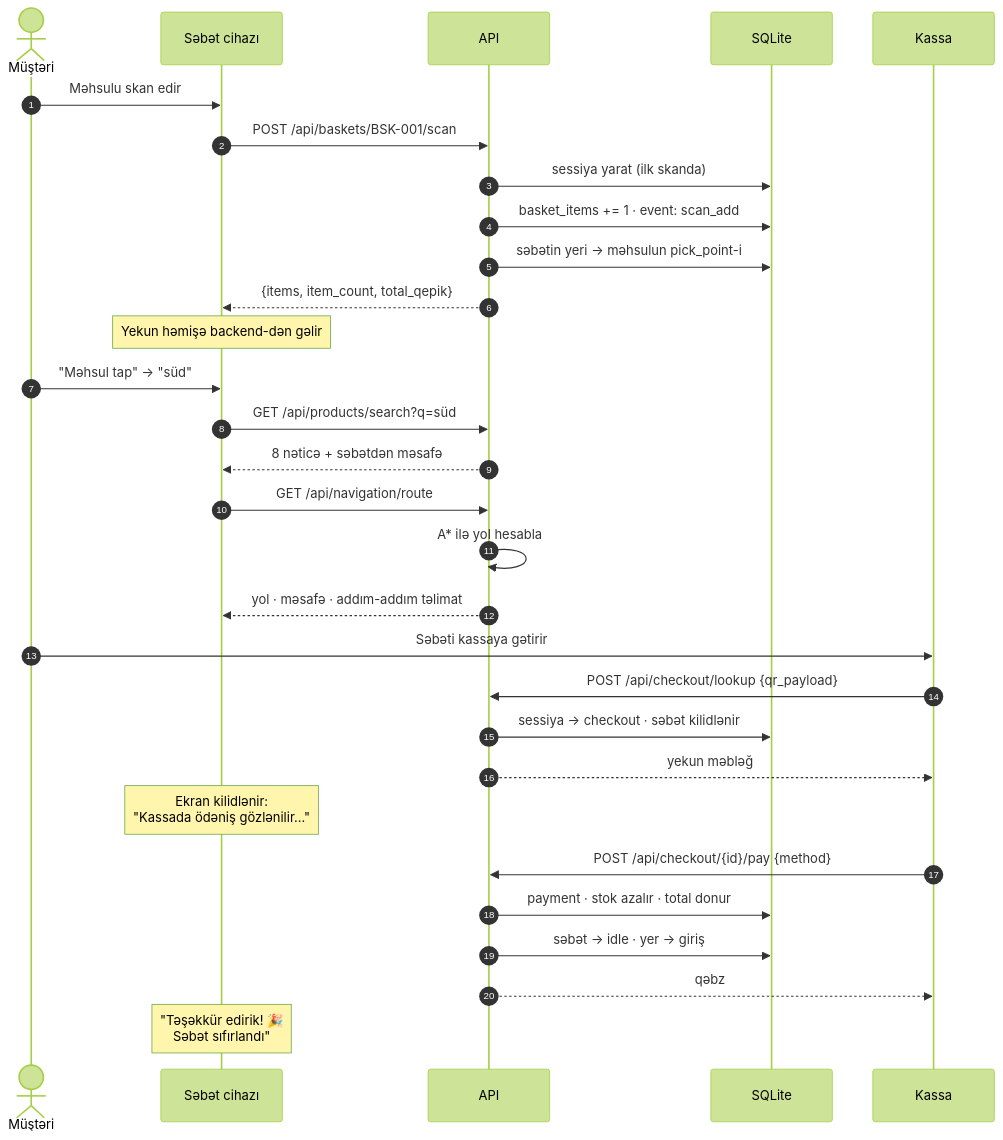
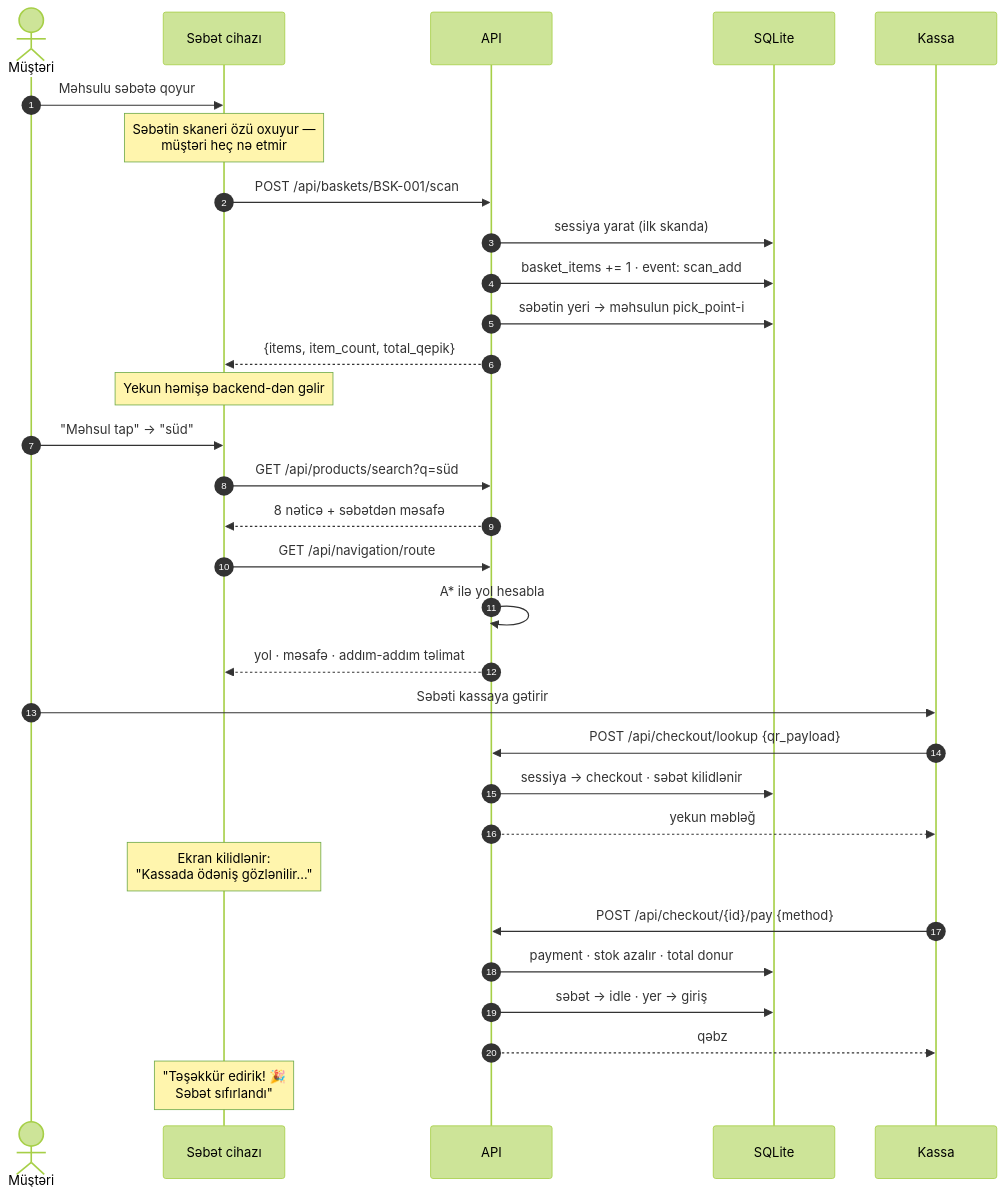
Before and after one commit to locked-in-hackatho/smart-basket-system: the second of 3 diagrams in docs/ARCHITECTURE.md, drawn with Mermaid (forest theme). The commit also changed other lines of this file and 12 other files, not shown here.

````diff
--- a/docs/ARCHITECTURE.md
+++ b/docs/ARCHITECTURE.md
@@ -82,36 +82,37 @@
 ```mermaid
 sequenceDiagram
     autonumber
     actor M as Müştəri
     participant S as Səbət cihazı
     participant A as API
     participant D as SQLite
     participant K as Kassa
 
-    M->>S: Məhsulu skan edir
+    M->>S: Məhsulu səbətə qoyur
+    Note over S: Səbətin skaneri özü oxuyur —<br/>müştəri heç nə etmir
     S->>A: POST /api/baskets/BSK-001/scan
     A->>D: sessiya yarat (ilk skanda)
     A->>D: basket_items += 1 · event: scan_add
     A->>D: səbətin yeri → məhsulun pick_point-i
     A-->>S: {items, item_count, total_qepik}
     Note over S: Yekun həmişə backend-dən gəlir
 
     M->>S: "Məhsul tap" → "süd"
     S->>A: GET /api/products/search?q=süd
     A-->>S: 8 nəticə + səbətdən məsafə
     S->>A: GET /api/navigation/route
     A->>A: A* ilə yol hesabla
     A-->>S: yol · məsafə · addım-addım təlimat
 
     M->>K: Səbəti kassaya gətirir
     K->>A: POST /api/checkout/lookup {qr_payload}
     A->>D: sessiya → checkout · səbət kilidlənir
     A-->>K: yekun məbləğ
     Note over S: Ekran kilidlənir:<br/>"Kassada ödəniş gözlənilir…"
 
     K->>A: POST /api/checkout/{id}/pay {method}
     A->>D: payment · stok azalır · total donur
     A->>D: səbət → idle · yer → giriş
     A-->>K: qəbz
     Note over S: "Təşəkkür edirik! 🎉<br/>Səbət sıfırlandı"
 ```
````
